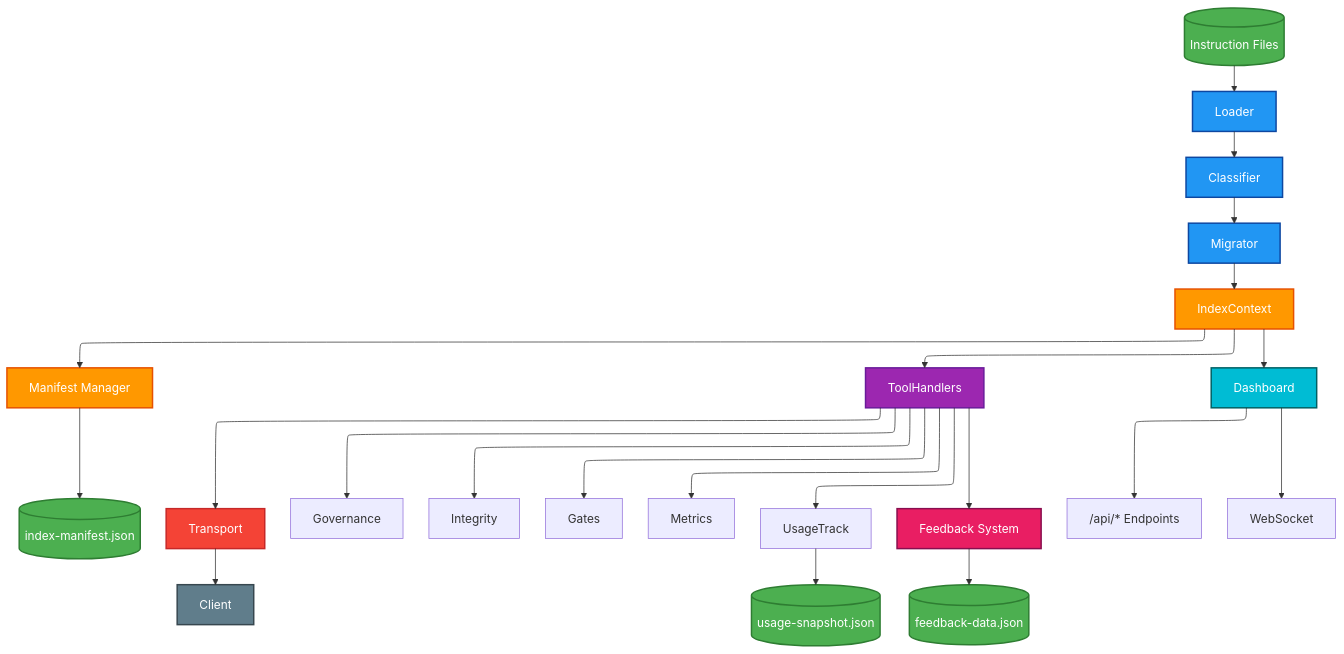
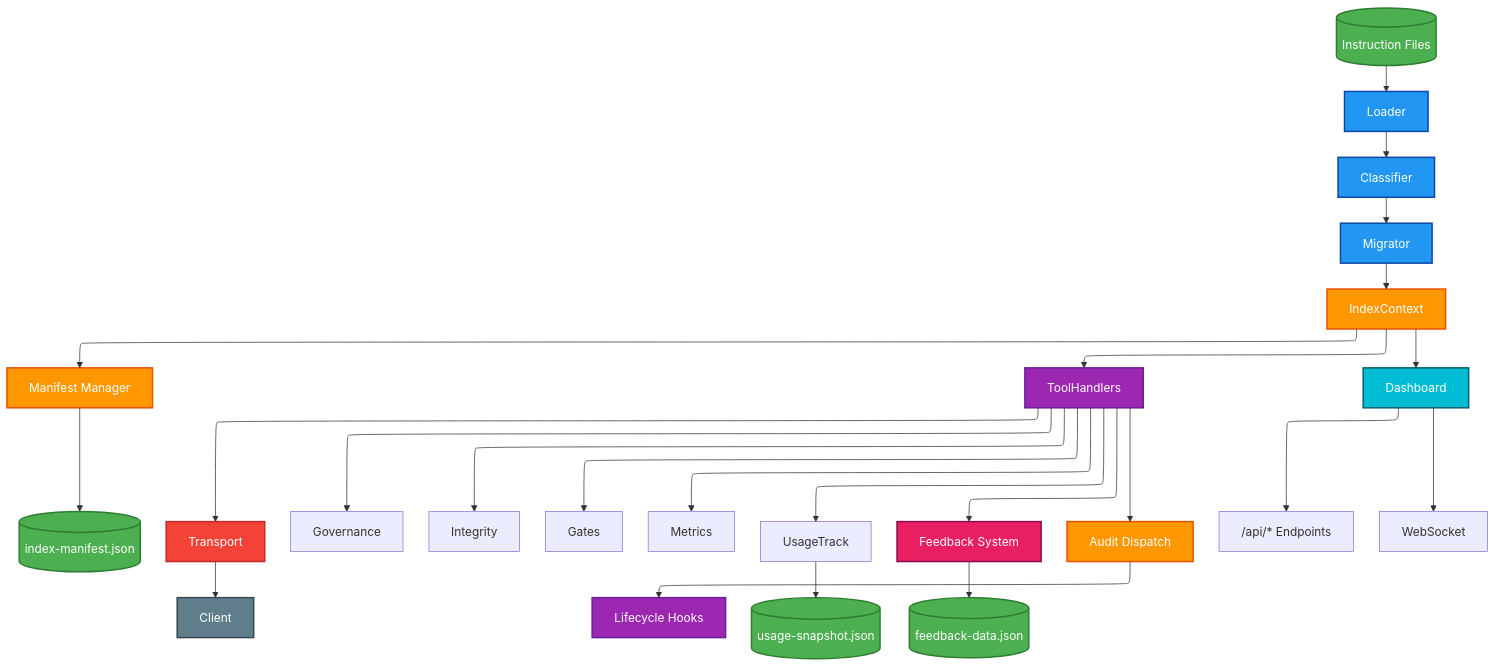
Before and after one commit to jagilber-org/index-server: the first of 9 diagrams in docs/architecture.md, drawn with Mermaid. The commit also changed other lines of this file and 388 other files, not shown here.

````diff
--- a/docs/architecture.md
+++ b/docs/architecture.md
@@ -9,42 +9,46 @@
 ```mermaid
 ---
 config:
     layout: elk
 ---
 graph TD
     Index[(Instruction Files)] --> Loader
     Loader --> Classifier
     Classifier --> Migrator
     Migrator --> Cache[IndexContext]
     Cache --> ManifestMgr[Manifest Manager]
     ManifestMgr --> ManifestFile[(index-manifest.json)]
     Cache --> Tools[ToolHandlers]
     Tools --> Transport
     Transport --> Client
     Tools --> Governance
     Tools --> Integrity
     Tools --> Gates
     Tools --> Metrics
     Tools --> UsageTrack
     Tools --> Feedback[Feedback System]
+    Tools --> AuditDispatch[Audit Dispatch]
+    AuditDispatch --> LifecycleHooks[Lifecycle Hooks]
     UsageTrack --> UsageSnap[(usage-snapshot.json)]
     Feedback --> FeedbackStore[(feedback-data.json)]
     Cache --> Dashboard
     Dashboard --> DashAPI["/api/* Endpoints"]
     Dashboard --> DashWS["WebSocket"]
     
     style Index fill:#4caf50,stroke:#2e7d32,stroke-width:2px,color:#fff
     style UsageSnap fill:#4caf50,stroke:#2e7d32,stroke-width:2px,color:#fff
     style FeedbackStore fill:#4caf50,stroke:#2e7d32,stroke-width:2px,color:#fff
     style ManifestFile fill:#4caf50,stroke:#2e7d32,stroke-width:2px,color:#fff
     style Loader fill:#2196f3,stroke:#0d47a1,stroke-width:2px,color:#fff
     style Classifier fill:#2196f3,stroke:#0d47a1,stroke-width:2px,color:#fff
     style Migrator fill:#2196f3,stroke:#0d47a1,stroke-width:2px,color:#fff
     style Cache fill:#ff9800,stroke:#e65100,stroke-width:2px,color:#fff
     style Tools fill:#9c27b0,stroke:#6a1b9a,stroke-width:2px,color:#fff
     style Transport fill:#f44336,stroke:#c62828,stroke-width:2px,color:#fff
     style Client fill:#607d8b,stroke:#37474f,stroke-width:2px,color:#fff
     style Dashboard fill:#00bcd4,stroke:#006064,stroke-width:2px,color:#fff
     style Feedback fill:#e91e63,stroke:#880e4f,stroke-width:2px,color:#fff
+    style AuditDispatch fill:#ff9800,stroke:#e65100,stroke-width:2px,color:#fff
+    style LifecycleHooks fill:#9c27b0,stroke:#6a1b9a,stroke-width:2px,color:#fff
     style ManifestMgr fill:#ff9800,stroke:#e65100,stroke-width:2px,color:#fff
 ```
````
